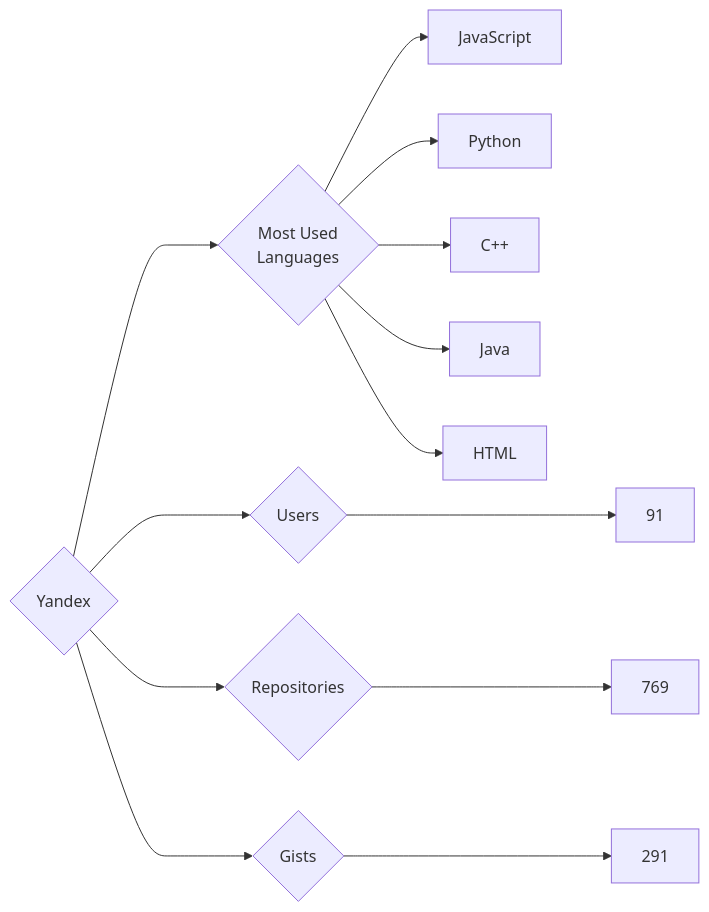
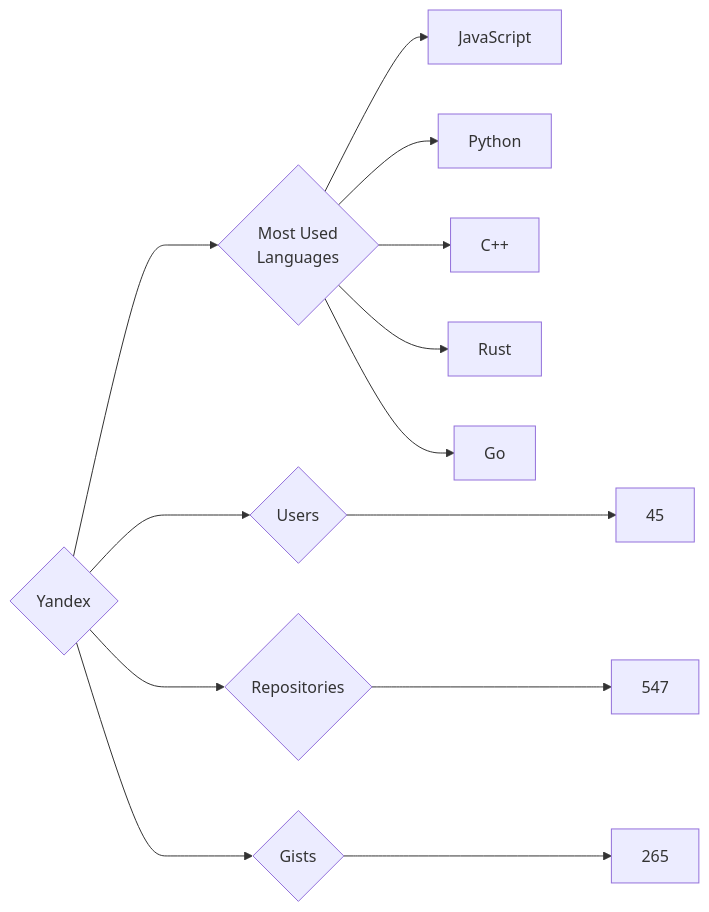
One commit to trickest/insiders changed the diagram in targets/Yandex/README.md. Above: the diagram before and after it, drawn with Mermaid. The commit also changed 976 other files, not shown here.

````diff
--- a/targets/Yandex/README.md
+++ b/targets/Yandex/README.md
@@ -3,13 +3,13 @@
 ```mermaid
 graph LR
 COMPANY_NAME{Yandex}
-COMPANY_NAME ---> U{Users} ---> UN[91]
-COMPANY_NAME ---> R{Repositories} ---> RN[769]
-COMPANY_NAME ---> G{Gists} ---> GN[291]
+COMPANY_NAME ---> U{Users} ---> UN[45]
+COMPANY_NAME ---> R{Repositories} ---> RN[547]
+COMPANY_NAME ---> G{Gists} ---> GN[265]
 COMPANY_NAME ---> ML{Most Used<br>Languages}
 ML --> JavaScript[JavaScript]
 ML --> Python[Python]
 ML --> C++[C++]
-ML --> Java[Java]
-ML --> HTML[HTML]
+ML --> Rust[Rust]
+ML --> Go[Go]
 ```
````
